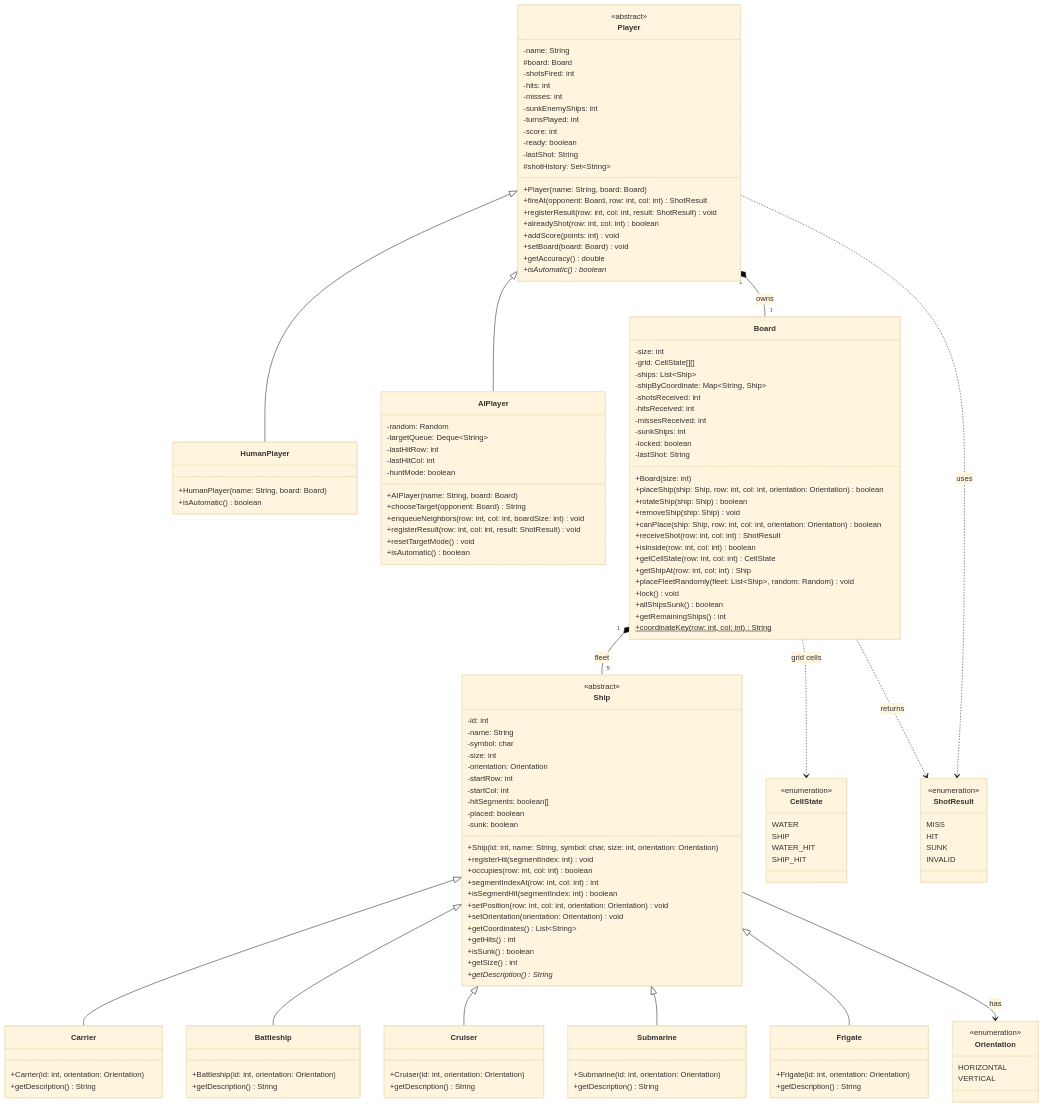
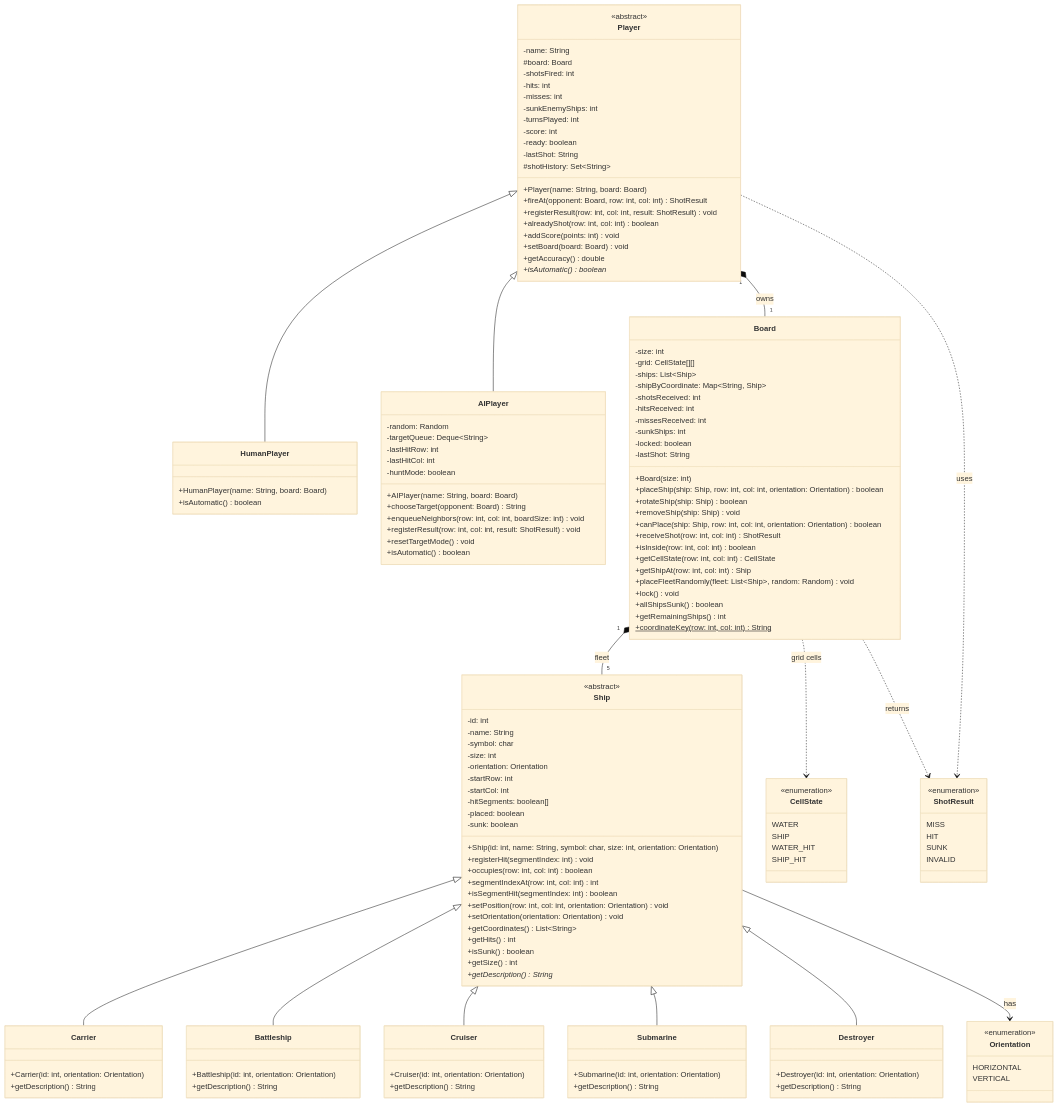
One commit to Gab-Apolinario/battleship changed the diagram in docs/modelUML.md. Above: the diagram before and after it, drawn with Mermaid (base theme). The commit also changed other lines of this file, not shown here.

Commit message:
docs: rename Frigate to Destroyer in class diagram

```diff
--- a/docs/modelUML.md
+++ b/docs/modelUML.md
@@ -70,8 +70,8 @@
         +Submarine(id: int, orientation: Orientation)
         +getDescription() String
     }
-    class Frigate {
-        +Frigate(id: int, orientation: Orientation)
+    class Destroyer {
+        +Destroyer(id: int, orientation: Orientation)
         +getDescription() String
     }
 
@@ -151,7 +151,7 @@
     Ship <|-- Battleship
     Ship <|-- Cruiser
     Ship <|-- Submarine
-    Ship <|-- Frigate
+    Ship <|-- Destroyer
 
     Player <|-- HumanPlayer
     Player <|-- AIPlayer
```
